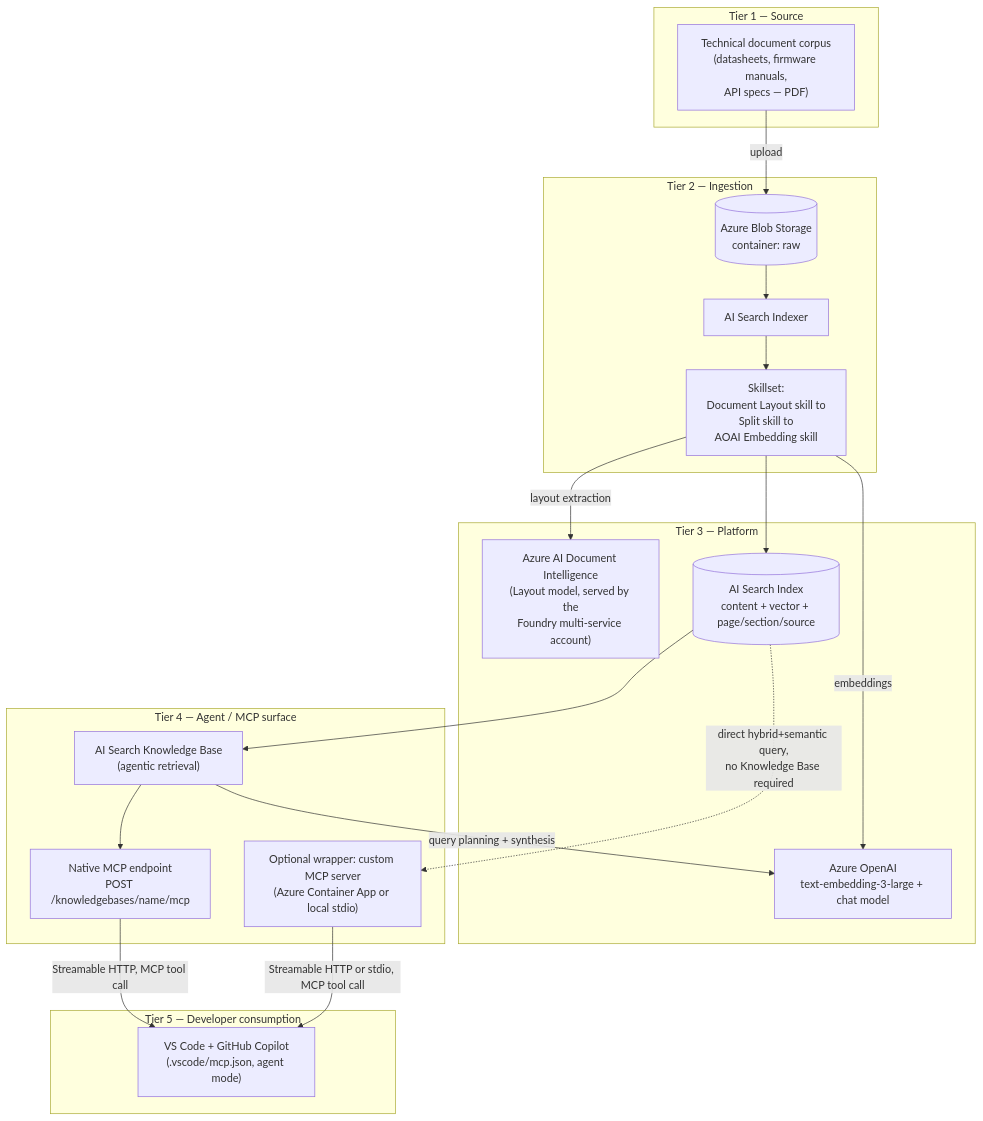
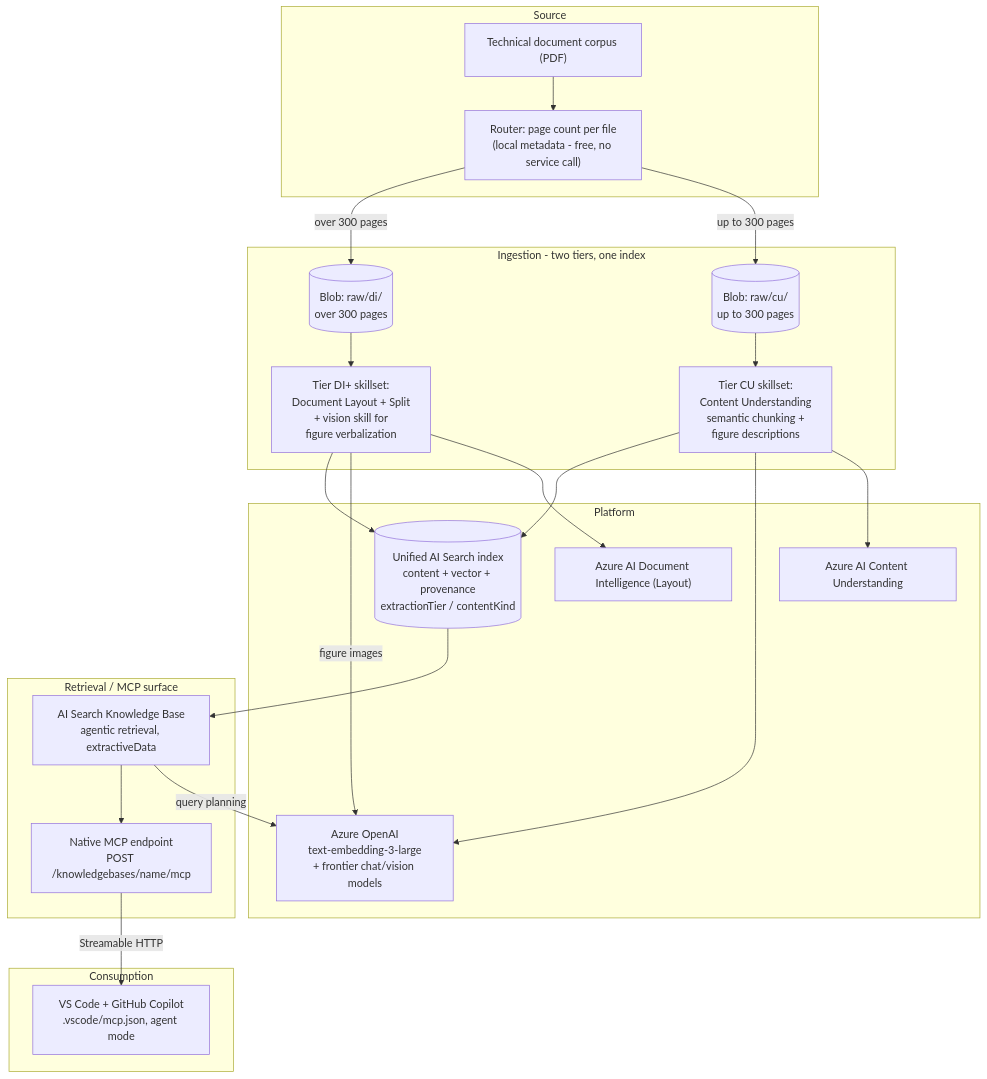
The diagram in docs/01-architecture.md (chmald/dev-docs-mcp-kb-agent), drawn with Mermaid before and after one commit. The commit also changed other lines of this file and 25 other files, not shown here.

````diff
--- a/docs/01-architecture.md
+++ b/docs/01-architecture.md
@@ -25,40 +63,41 @@
 ```mermaid
 flowchart TB
-    subgraph T1["Tier 1 — Source"]
-        DOC["Technical document corpus\n(datasheets, firmware manuals,\nAPI specs — PDF)"]
+    subgraph T1["Source"]
+        DOC["Technical document corpus (PDF)"]
+        PLAN["Router: page count per file\n(local metadata - free, no service call)"]
     end
 
-    subgraph T2["Tier 2 — Ingestion"]
-        BLOB[("Azure Blob Storage\ncontainer: raw")]
-        IDXR["AI Search Indexer"]
-        SKILL["Skillset:\nDocument Layout skill to\nSplit skill to\nAOAI Embedding skill"]
+    subgraph T2["Ingestion - two tiers, one index"]
+        BLOBCU[("Blob: raw/cu/\nup to 300 pages")]
+        BLOBDI[("Blob: raw/di/\nover 300 pages")]
+        SKCU["Tier CU skillset:\nContent Understanding\nsemantic chunking +\nfigure descriptions"]
+        SKDI["Tier DI+ skillset:\nDocument Layout + Split\n+ vision skill for\nfigure verbalization"]
     end
 
-    subgraph T3["Tier 3 — Platform"]
-        DI["Azure AI Document Intelligence\n(Layout model, served by the\nFoundry multi-service account)"]
-        AOAI["Azure OpenAI\ntext-embedding-3-large + chat model"]
-        IDX[("AI Search Index\ncontent + vector + page/section/source")]
+    subgraph T3["Platform"]
+        CU["Azure AI Content Understanding"]
+        DI["Azure AI Document Intelligence (Layout)"]
+        AOAI["Azure OpenAI\ntext-embedding-3-large\n+ frontier chat/vision models"]
+        IDX[("Unified AI Search index\ncontent + vector + provenance\nextractionTier / contentKind")]
     end
 
-    subgraph T4["Tier 4 — Agent / MCP surface"]
-        KA["AI Search Knowledge Base\n(agentic retrieval)"]
-        MCPNATIVE["Native MCP endpoint\nPOST /knowledgebases/name/mcp"]
-        MCPFALLBACK["Optional wrapper: custom MCP server\n(Azure Container App or local stdio)"]
+    subgraph T4["Retrieval / MCP surface"]
+        KB["AI Search Knowledge Base\nagentic retrieval, extractiveData"]
+        MCP["Native MCP endpoint\nPOST /knowledgebases/name/mcp"]
     end
 
-    subgraph T5["Tier 5 — Developer consumption"]
-        VSCODE["VS Code + GitHub Copilot\n(.vscode/mcp.json, agent mode)"]
+    subgraph T5["Consumption"]
+        VSCODE["VS Code + GitHub Copilot\n.vscode/mcp.json, agent mode"]
     end
 
-    DOC -->|upload| BLOB
-    BLOB --> IDXR --> SKILL
-    SKILL -->|layout extraction| DI
-    SKILL -->|embeddings| AOAI
-    SKILL --> IDX
-    IDX --> KA
-    KA -->|query planning + synthesis| AOAI
-    KA --> MCPNATIVE
-    IDX -.->|direct hybrid+semantic query,\nno Knowledge Base required| MCPFALLBACK
-    MCPNATIVE -->|Streamable HTTP, MCP tool call| VSCODE
-    MCPFALLBACK -->|Streamable HTTP or stdio, MCP tool call| VSCODE
+    DOC --> PLAN
+    PLAN -->|up to 300 pages| BLOBCU --> SKCU --> CU
+    PLAN -->|over 300 pages| BLOBDI --> SKDI --> DI
+    SKDI -->|figure images| AOAI
+    SKCU --> AOAI
+    SKCU --> IDX
+    SKDI --> IDX
+    IDX --> KB
+    KB -->|query planning| AOAI
+    KB --> MCP -->|Streamable HTTP| VSCODE
 ```
````
